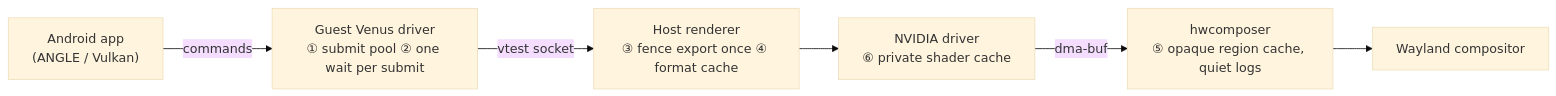
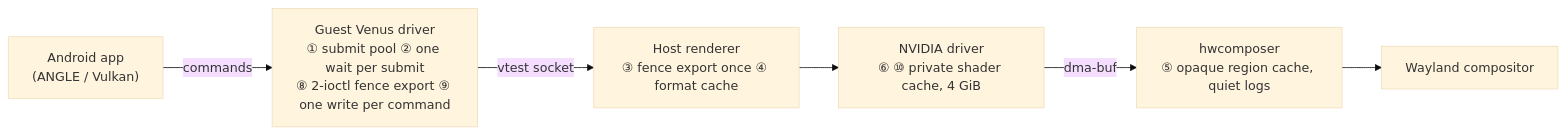
Before and after one commit to ErenEksen/waydroid-nvidia-optimized: the diagram in README.md, drawn with Mermaid (base theme). The commit also changed other lines of this file and 1 other file, not shown here.

````diff
--- a/README.md
+++ b/README.md
@@ -19,8 +21,8 @@
 ```mermaid
 flowchart LR
-    A["Android app<br/>(ANGLE / Vulkan)"] -->|commands| B["Guest Venus driver<br/>① submit pool ② one wait per submit"]
+    A["Android app<br/>(ANGLE / Vulkan)"] -->|commands| B["Guest Venus driver<br/>① submit pool ② one wait per submit<br/>⑧ 2-ioctl fence export ⑨ one write per command"]
     B -->|vtest socket| C["Host renderer<br/>③ fence export once ④ format cache"]
-    C --> D["NVIDIA driver<br/>⑥ private shader cache"]
+    C --> D["NVIDIA driver<br/>⑥ ⑩ private shader cache, 4 GiB"]
     D -->|dma-buf| E["hwcomposer<br/>⑤ opaque region cache, quiet logs"]
     E --> F["Wayland compositor"]
 ```
````
